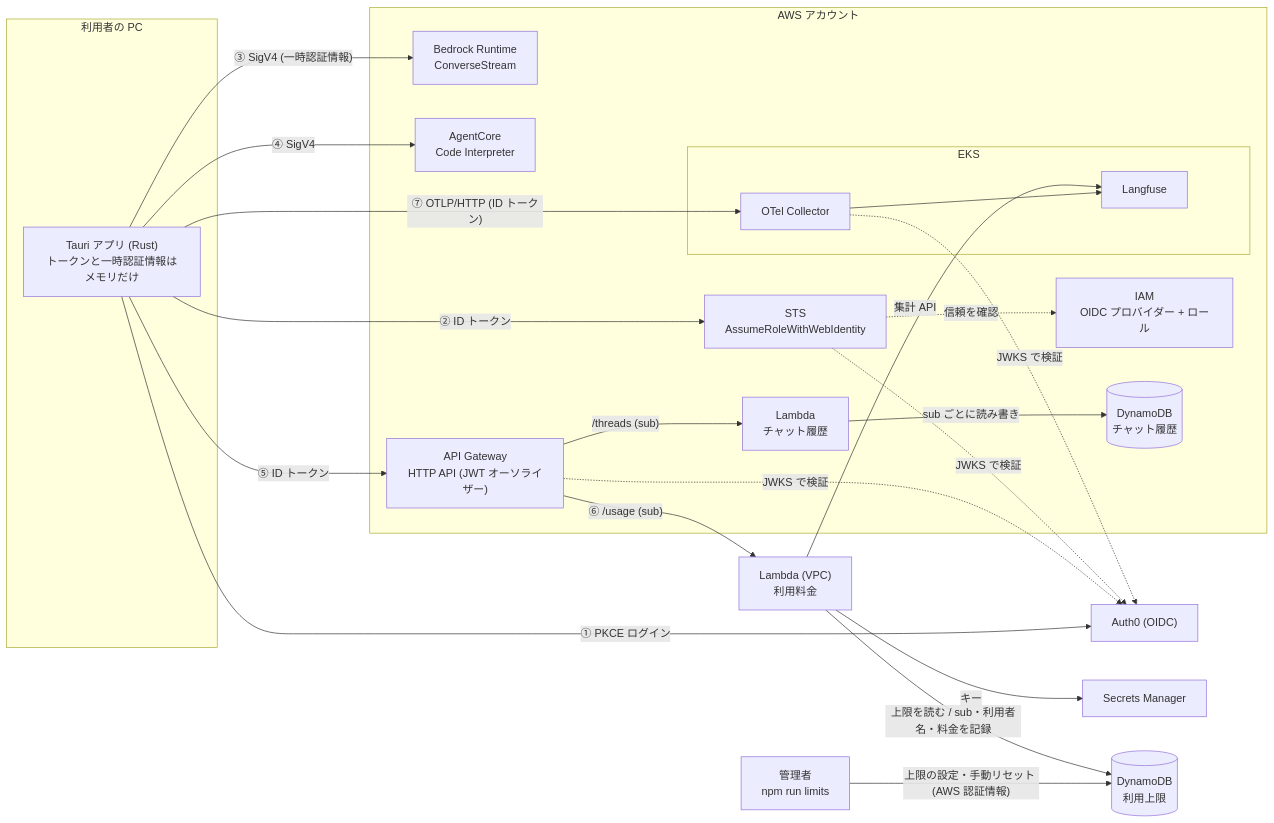
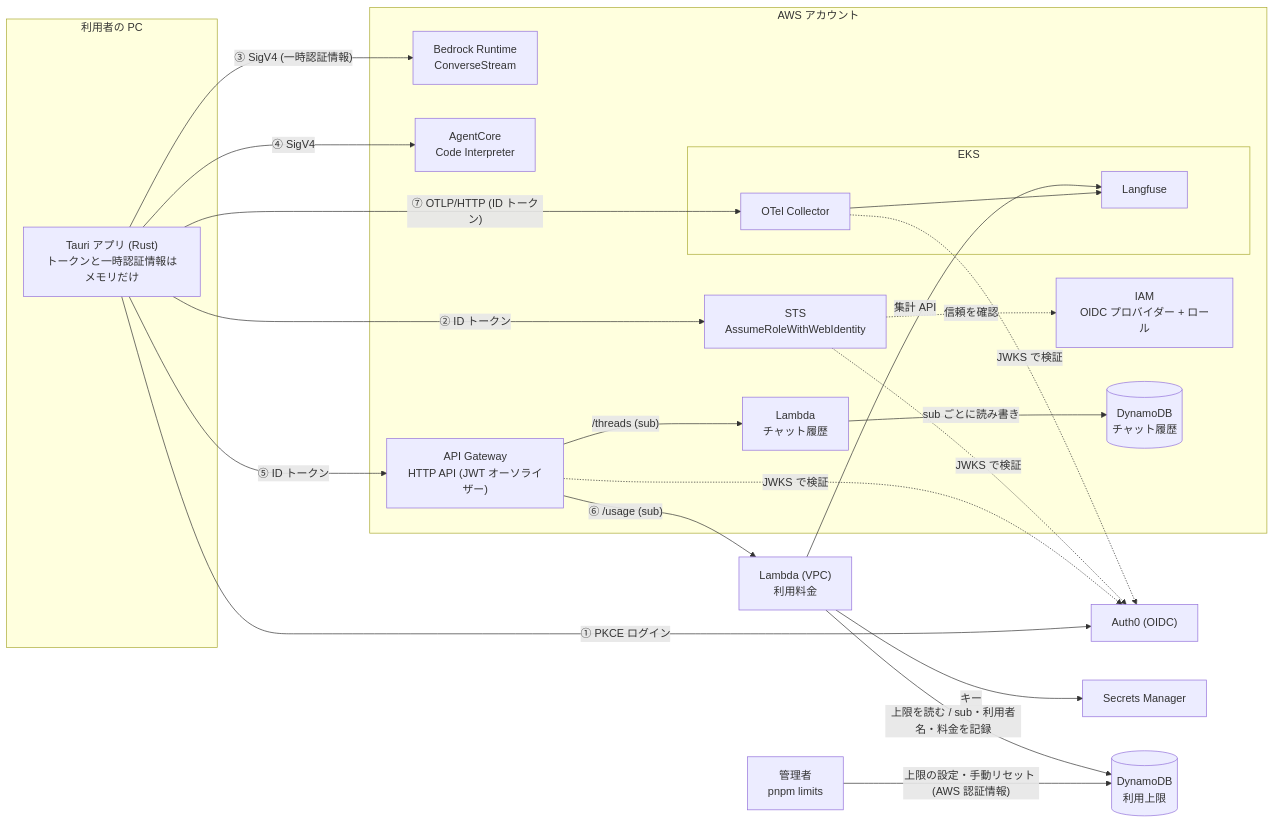
Before and after one commit to T-T0821/agui-rig: the diagram in README.md, drawn with Mermaid. The commit also changed other lines of this file and 19 other files, not shown here.

First line of the commit message:
Run all commands from the repo root with pnpm

````diff
--- a/README.md
+++ b/README.md
@@ -108,38 +110,38 @@
 ```mermaid
 flowchart LR
   subgraph PC["利用者の PC"]
     App["Tauri アプリ (Rust)<br/>トークンと一時認証情報はメモリだけ"]
   end
   IdP["Auth0 (OIDC)"]
   subgraph AWS["AWS アカウント"]
     STS["STS<br/>AssumeRoleWithWebIdentity"]
     IAM["IAM<br/>OIDC プロバイダー + ロール"]
     Bedrock["Bedrock Runtime<br/>ConverseStream"]
     CI["AgentCore<br/>Code Interpreter"]
     APIGW["API Gateway<br/>HTTP API (JWT オーソライザー)"]
     History["Lambda<br/>チャット履歴"]
     DDB[("DynamoDB<br/>チャット履歴")]
     subgraph EKS["EKS"]
       Collector["OTel Collector"]
       Langfuse["Langfuse"]
     end
   end
   App -- "① PKCE ログイン" --> IdP
   App -- "② ID トークン" --> STS
   STS -. "信頼を確認" .-> IAM
   STS -. "JWKS で検証" .-> IdP
   App -- "③ SigV4 (一時認証情報)" --> Bedrock
   App -- "④ SigV4" --> CI
   App -- "⑤ ID トークン" --> APIGW
   APIGW -. "JWKS で検証" .-> IdP
   APIGW -- "/threads (sub)" --> History
   History -- "sub ごとに読み書き" --> DDB
   APIGW -- "⑥ /usage (sub)" --> Usage["Lambda (VPC)<br/>利用料金"]
   Usage -- "キー" --> Secrets["Secrets Manager"]
   Usage -- "集計 API" --> Langfuse
   Usage -- "上限を読む / sub・利用者名・料金を記録" --> Limits[("DynamoDB<br/>利用上限")]
-  Admin["管理者<br/>npm run limits"] -- "上限の設定・手動リセット (AWS 認証情報)" --> Limits
+  Admin["管理者<br/>pnpm limits"] -- "上限の設定・手動リセット (AWS 認証情報)" --> Limits
   App -- "⑦ OTLP/HTTP (ID トークン)" --> Collector
   Collector -. "JWKS で検証" .-> IdP
   Collector --> Langfuse
 ```
````
